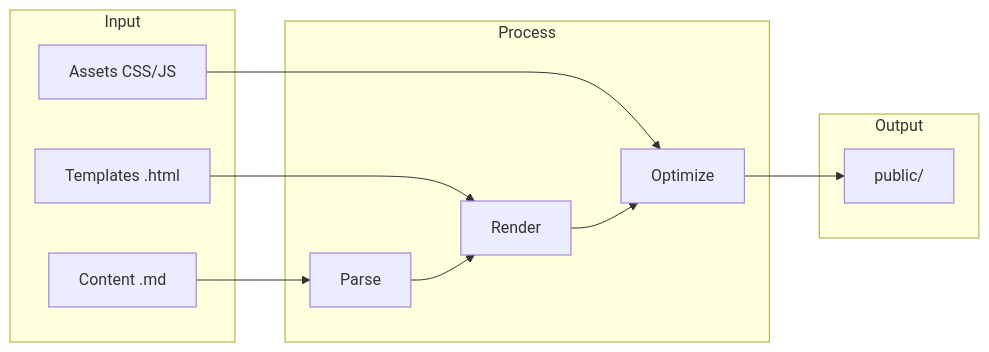
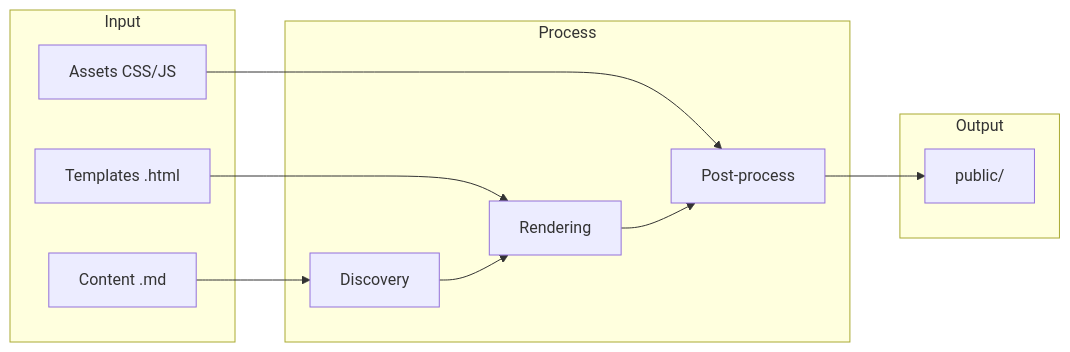
Before and after one commit to lbliii/bengal: the diagram in site/content/docs/about/concepts/_index.md, drawn with Mermaid. The commit also changed other lines of this file and 90 other files, not shown here.

````diff
--- a/site/content/docs/about/concepts/_index.md
+++ b/site/content/docs/about/concepts/_index.md
@@ -14,23 +14,23 @@
 ```mermaid
 flowchart LR
     subgraph Input
         A[Content .md]
         B[Templates .html]
         C[Assets CSS/JS]
     end
 
     subgraph Process
-        D[Parse]
-        E[Render]
-        F[Optimize]
+        D[Discovery]
+        E[Rendering]
+        F[Post-process]
     end
 
     subgraph Output
         G[public/]
     end
 
     A --> D
     B --> E
     C --> F
     D --> E --> F --> G
 ```
````
